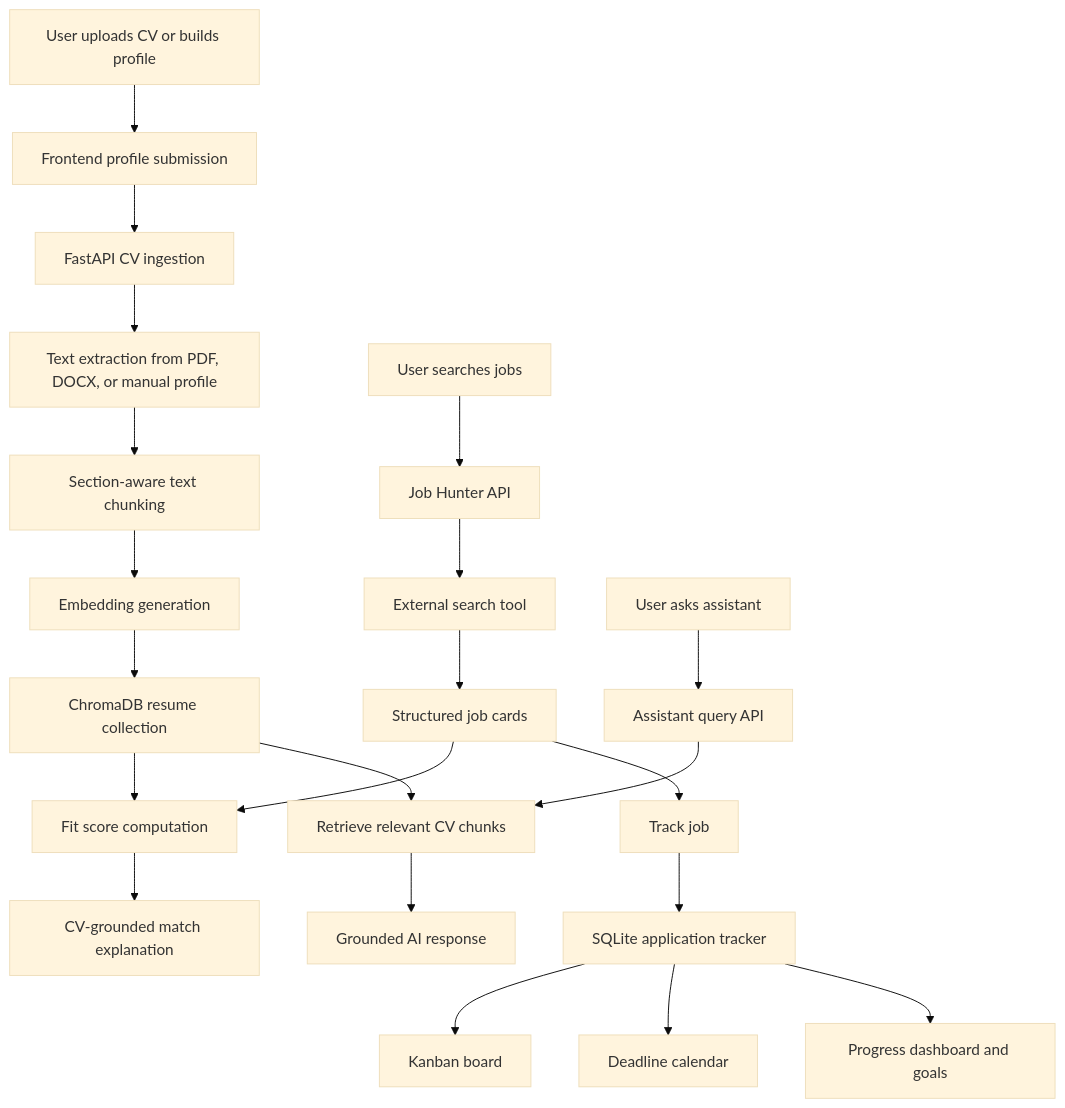
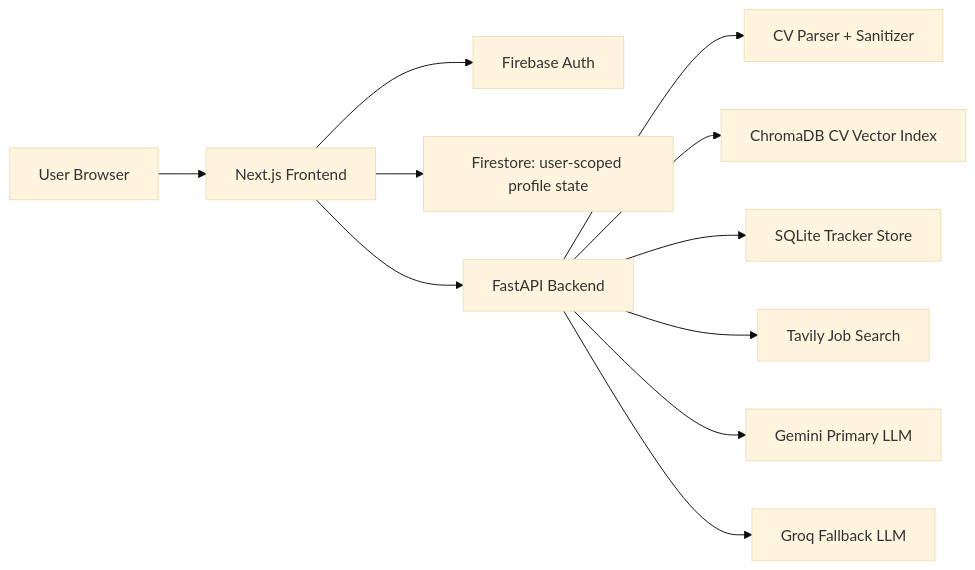
The diagram in docs/architecture.md (reza-05/CareerPilot), drawn with Mermaid (base theme) before and after one commit. The commit also changed other lines of this file and 45 other files, not shown here.

````diff
--- a/docs/architecture.md
+++ b/docs/architecture.md
@@ -5,27 +7,13 @@
 ```mermaid
-flowchart TD
-    A["User uploads CV or builds profile"] --> B["Frontend profile submission"]
-    B --> C["FastAPI CV ingestion"]
-    C --> D["Text extraction from PDF, DOCX, or manual profile"]
-    D --> E["Section-aware text chunking"]
-    E --> F["Embedding generation"]
-    F --> G["ChromaDB resume collection"]
-
-    H["User searches jobs"] --> I["Job Hunter API"]
-    I --> J["External search tool"]
-    J --> K["Structured job cards"]
-    K --> L["Fit score computation"]
-    G --> L
-    L --> M["CV-grounded match explanation"]
-
-    N["User asks assistant"] --> O["Assistant query API"]
-    O --> P["Retrieve relevant CV chunks"]
-    G --> P
-    P --> Q["Grounded AI response"]
-
-    K --> R["Track job"]
-    R --> S["SQLite application tracker"]
-    S --> T["Kanban board"]
-    S --> U["Deadline calendar"]
-    S --> V["Progress dashboard and goals"]
+flowchart LR
+  U["User Browser"] --> FE["Next.js Frontend"]
+  FE --> AUTH["Firebase Auth"]
+  FE --> FS["Firestore: user-scoped profile state"]
+  FE --> API["FastAPI Backend"]
+  API --> CV["CV Parser + Sanitizer"]
+  API --> VEC["ChromaDB CV Vector Index"]
+  API --> DB["SQLite Tracker Store"]
+  API --> SEARCH["Tavily Job Search"]
+  API --> GEM["Gemini Primary LLM"]
+  API --> GROQ["Groq Fallback LLM"]
 ```
````
